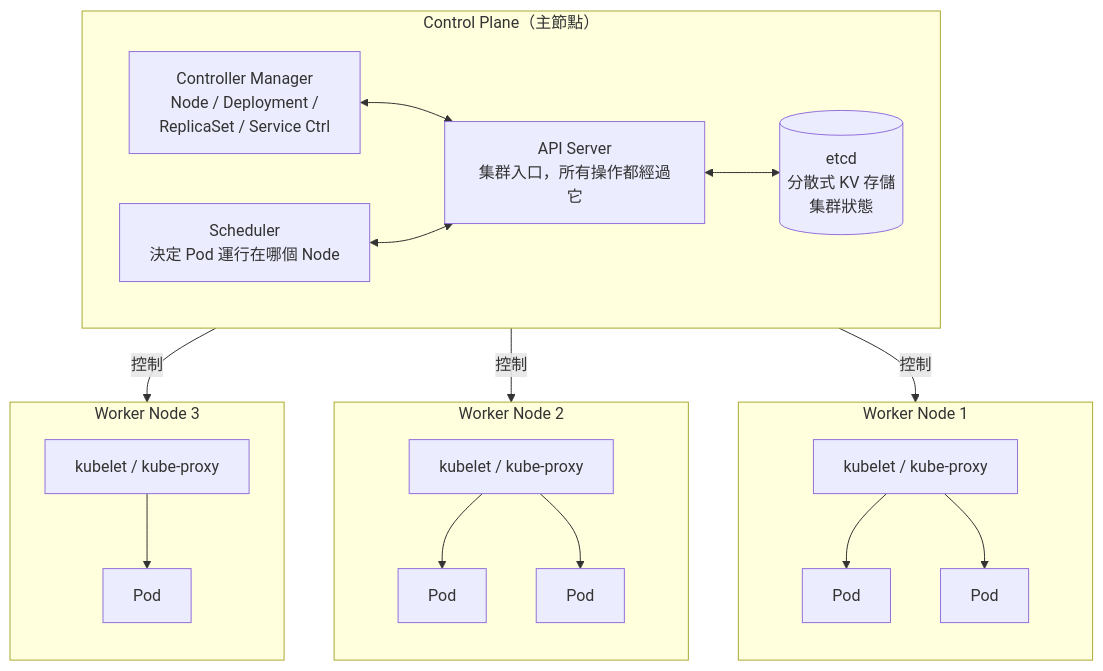
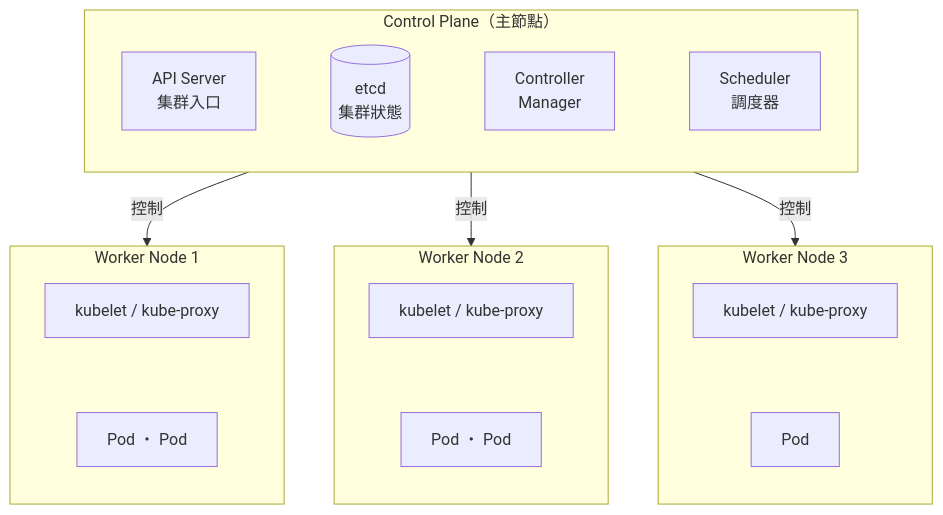
One commit to AnthonyFuFu/StudyNotes changed the diagram in docs/engineering/cicd/kubernetes.md. Above: the diagram before and after it, drawn with Mermaid. The commit also changed 43 other files, not shown here.

````diff
--- a/docs/engineering/cicd/kubernetes.md
+++ b/docs/engineering/cicd/kubernetes.md
@@ -5,26 +5,20 @@
 ``` mermaid
 flowchart TB
     subgraph CP ["Control Plane（主節點）"]
         direction LR
-        API["API Server<br>集群入口，所有操作都經過它"]
-        ETCD[("etcd<br>分散式 KV 存儲<br>集群狀態")]
-        CM["Controller Manager<br>Node / Deployment /<br>ReplicaSet / Service Ctrl"]
-        SCH["Scheduler<br>決定 Pod 運行在哪個 Node"]
-        API <--> ETCD
-        CM <--> API
-        SCH <--> API
+        API["API Server<br>集群入口"] ~~~ ETCD[("etcd<br>集群狀態")] ~~~ CM["Controller<br>Manager"] ~~~ SCH["Scheduler<br>調度器"]
     end
+    CP -- 控制 --> N1 & N2 & N3
     subgraph N1 ["Worker Node 1"]
         direction TB
-        K1["kubelet / kube-proxy"] --> P11["Pod"] & P12["Pod"]
+        K1["kubelet / kube-proxy"] ~~~ P1["Pod ・ Pod"]
     end
     subgraph N2 ["Worker Node 2"]
         direction TB
-        K2["kubelet / kube-proxy"] --> P21["Pod"] & P22["Pod"]
+        K2["kubelet / kube-proxy"] ~~~ P2["Pod ・ Pod"]
     end
     subgraph N3 ["Worker Node 3"]
         direction TB
-        K3["kubelet / kube-proxy"] --> P31["Pod"]
+        K3["kubelet / kube-proxy"] ~~~ P3["Pod"]
     end
-    API -- 控制 --> K1 & K2 & K3
 ```
````
